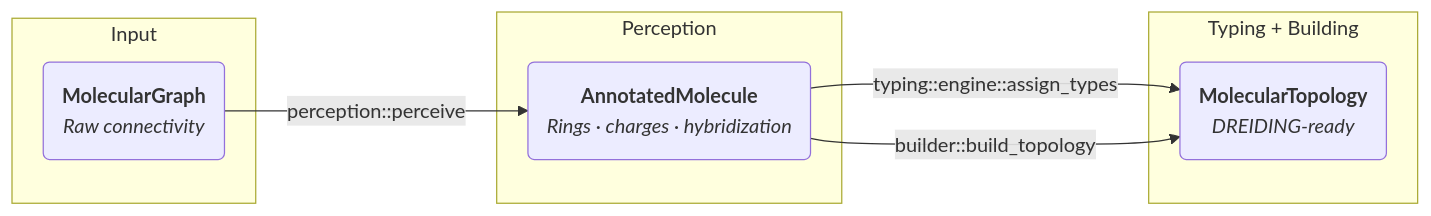
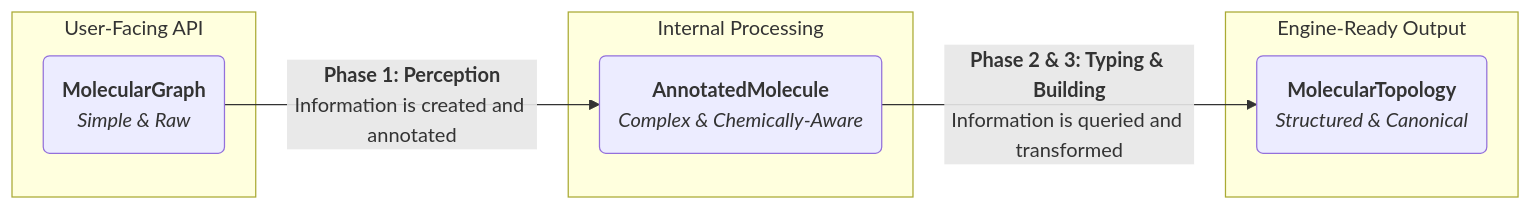
One commit to caltechmsc/dreid-typer changed the diagram in docs/01_pipeline.md. Above: the diagram before and after it, drawn with Mermaid. The commit also changed other lines of this file, not shown here.

````diff
--- a/docs/01_pipeline.md
+++ b/docs/01_pipeline.md
@@ -46,16 +61,17 @@
 ```mermaid
 graph LR
-    subgraph Input
-        A(<b>MolecularGraph</b><br><i>Raw connectivity</i>)
-    end
-    subgraph Perception
-        B(<b>AnnotatedMolecule</b><br><i>Rings · charges · hybridization</i>)
-    end
-    subgraph Typing + Building
-        C(<b>MolecularTopology</b><br><i>DREIDING-ready</i>)
+    subgraph "User-Facing API"
+        A(<b>MolecularGraph</b><br><i>Simple & Raw</i>)
     end
 
-    A -- perception::perceive --> B
-    B -- typing::engine::assign_types --> C
-    B -- builder::build_topology --> C
+    subgraph "Internal Processing"
+        B(<b>AnnotatedMolecule</b><br><i>Complex & Chemically-Aware</i>)
+    end
+
+    subgraph "Engine-Ready Output"
+        C(<b>MolecularTopology</b><br><i>Structured & Canonical</i>)
+    end
+
+    A -- "<b>Phase 1: Perception</b><br>Information is created and annotated" --> B
+    B -- "<b>Phase 2 & 3: Typing & Building</b><br>Information is queried and transformed" --> C
 ```
````
